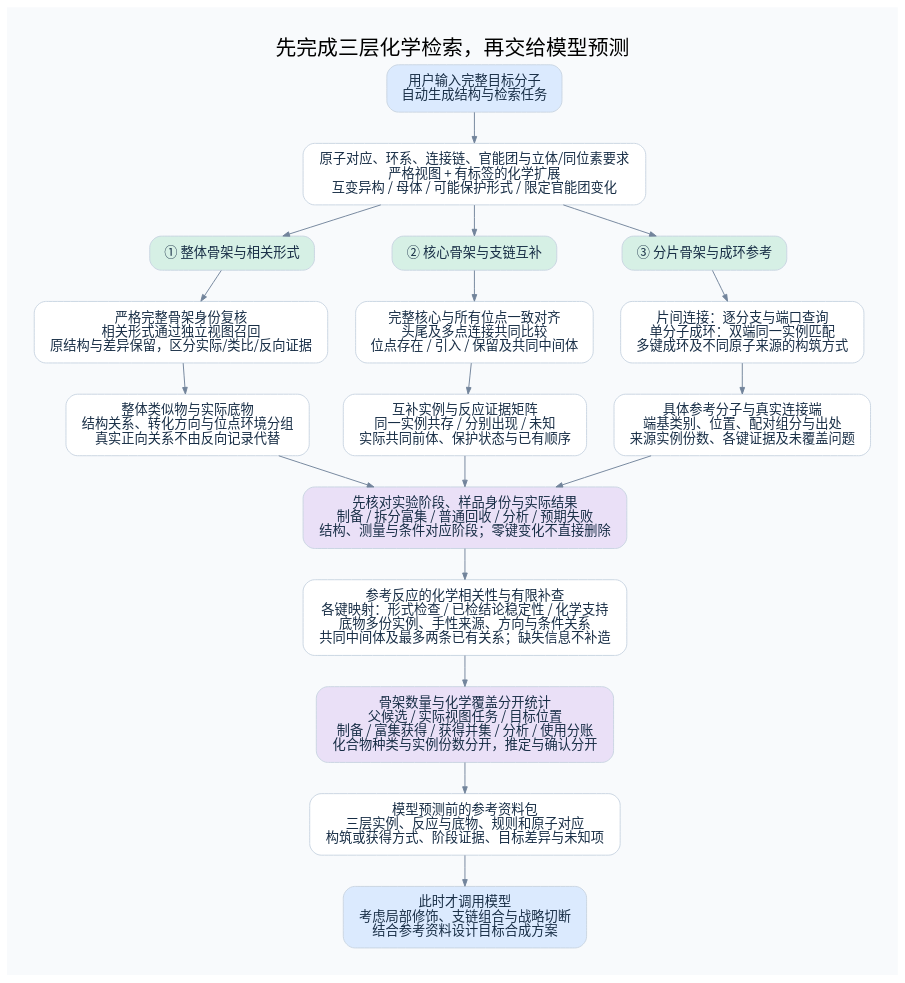
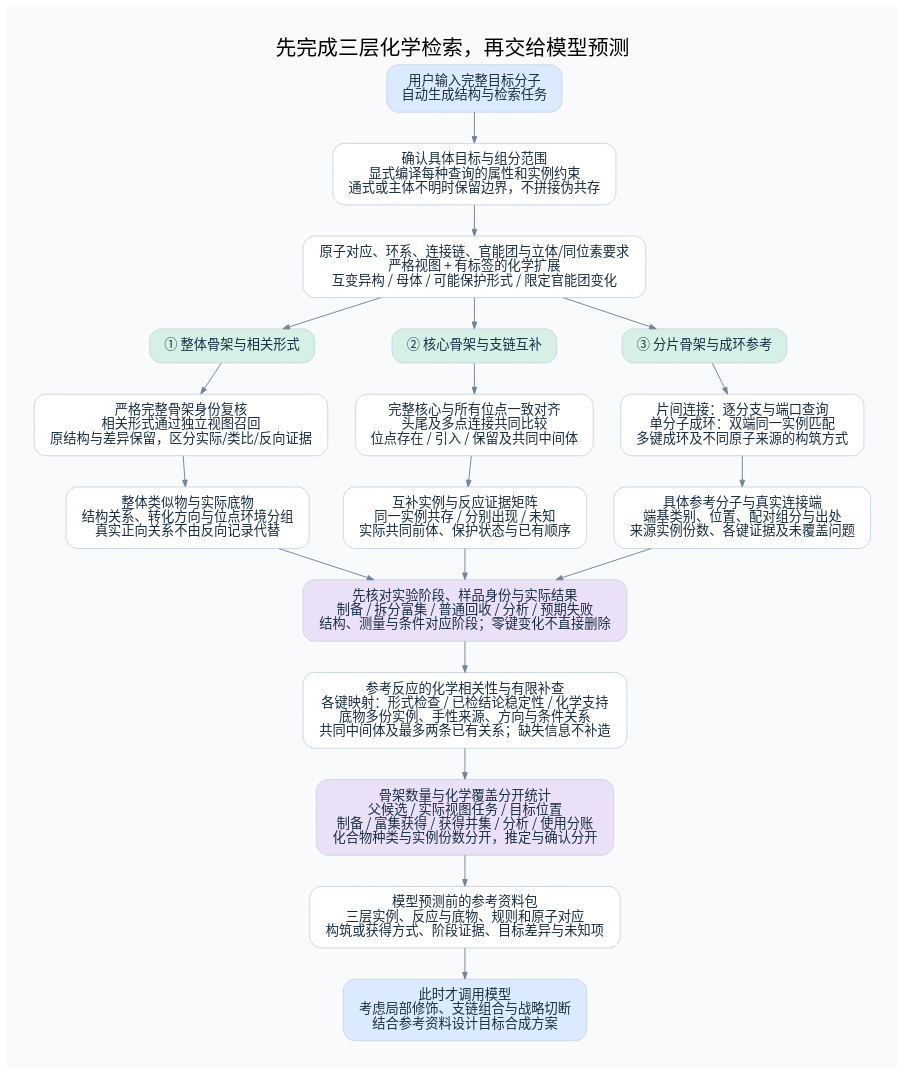
One commit to 825728139/substructure_search changed the diagram in diagrams/scaffold-search.dot. Above: the diagram before and after it, drawn with Graphviz. The commit also changed 13 other files, not shown here.

```diff
--- a/diagrams/scaffold-search.dot
+++ b/diagrams/scaffold-search.dot
@@ -1,58 +1,61 @@
 digraph G {
 
 graph [rankdir=TB, bgcolor="#F8FAFC", pad="0.4", nodesep="0.40", ranksep="0.46", fontname="Noto Sans CJK SC", fontsize=22, labelloc=t];
 node [shape=box, style="rounded,filled", fillcolor="white", color="#CAD5E2", fontcolor="#172D45", fontname="Noto Sans CJK SC", fontsize=14, margin="0.20,0.14"];
 edge [color="#72849B", arrowsize=0.7, fontname="Noto Sans CJK SC", fontsize=11, fontcolor="#526477"];
 
 label="先完成三层化学检索，再交给模型预测";
 a [label="用户输入完整目标分子
 自动生成结构与检索任务", fillcolor="#DBEAFE"];
 b [label="原子对应、环系、连接链、官能团与立体/同位素要求
 严格视图 + 有标签的化学扩展
 互变异构 / 母体 / 可能保护形式 / 限定官能团变化"];
 g [label="① 整体骨架与相关形式", fillcolor="#D6F0E5"];
 c [label="② 核心骨架与支链互补", fillcolor="#D6F0E5"];
 f [label="③ 分片骨架与成环参考", fillcolor="#D6F0E5"];
 g1 [label="严格完整骨架身份复核
 相关形式通过独立视图召回
 原结构与差异保留，区分实际/类比/反向证据"];
 c1 [label="完整核心与所有位点一致对齐
 头尾及多点连接共同比较
 位点存在 / 引入 / 保留及共同中间体"];
 f1 [label="片间连接：逐分支与端口查询
 单分子成环：双端同一实例匹配
 多键成环及不同原子来源的构筑方式"];
 g2 [label="整体类似物与实际底物
 结构关系、转化方向与位点环境分组
 真实正向关系不由反向记录代替"];
 c2 [label="互补实例与反应证据矩阵
 同一实例共存 / 分别出现 / 未知
 实际共同前体、保护状态与已有顺序"];
 f2 [label="具体参考分子与真实连接端
 端基类别、位置、配对组分与出处
 来源实例份数、各键证据及未覆盖问题"];
 roles [label="先核对实验阶段、样品身份与实际结果
 制备 / 拆分富集 / 普通回收 / 分析 / 预期失败
 结构、测量与条件对应阶段；零键变化不直接删除", fillcolor="#EAE0F7"];
 quality [label="参考反应的化学相关性与有限补查
 各键映射：形式检查 / 已检结论稳定性 / 化学支持
 底物多份实例、手性来源、方向与条件关系
 共同中间体及最多两条已有关系；缺失信息不补造"];
 stats [label="骨架数量与化学覆盖分开统计
 父候选 / 实际视图任务 / 目标位置
 制备 / 富集获得 / 获得并集 / 分析 / 使用分账
 化合物种类与实例份数分开，推定与确认分开", fillcolor="#EAE0F7"];
 pack [label="模型预测前的参考资料包
 三层实例、反应与底物、规则和原子对应
 构筑或获得方式、阶段证据、目标差异与未知项"];
 model [label="此时才调用模型
 考虑局部修饰、支链组合与战略切断
 结合参考资料设计目标合成方案", fillcolor="#DBEAFE"];
-a -> b;
+input_scope [label="确认具体目标与组分范围
+显式编译每种查询的属性和实例约束
+通式或主体不明时保留边界，不拼接伪共存"];
+a -> input_scope -> b;
 b -> g; b -> c; b -> f;
 g -> g1 -> g2;
 c -> c1 -> c2;
 f -> f1 -> f2;
 g2 -> roles; c2 -> roles; f2 -> roles;
 roles -> quality -> stats -> pack -> model;
 }
```
